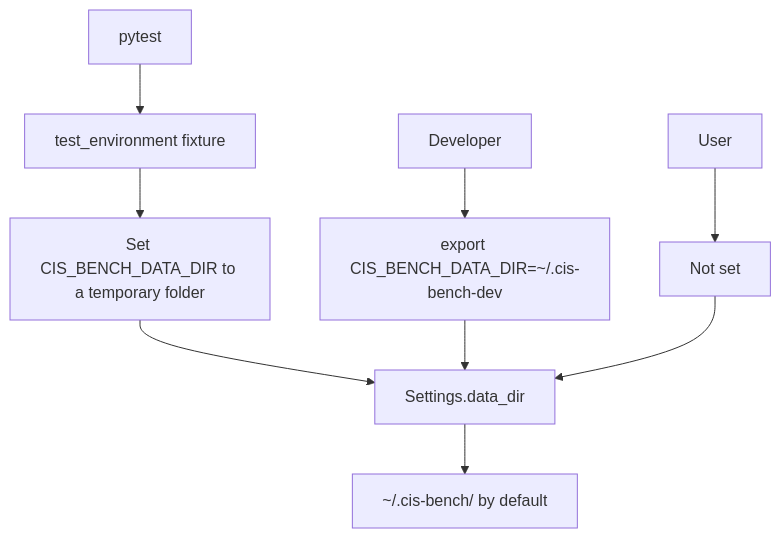
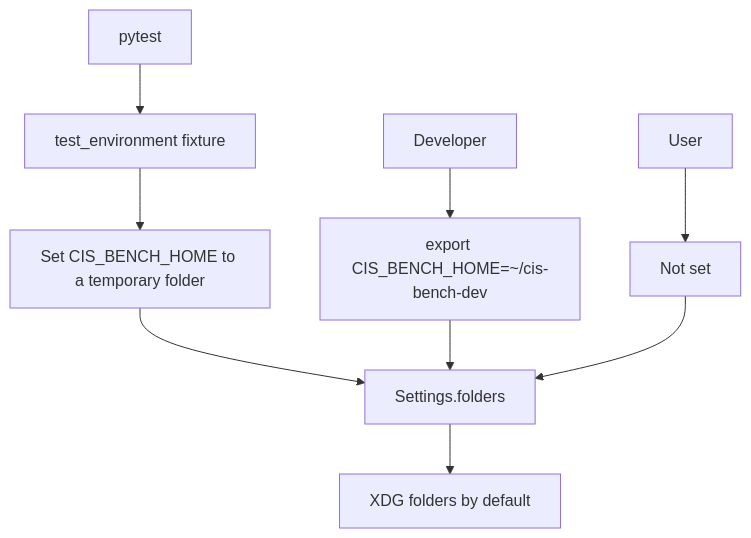
Diagram 13 of 13 in docs/developer-guide/architecture.md (mitre/cis-bench), drawn with Mermaid before and after one commit. The commit also changed other lines of this file and 35 other files, not shown here.

````diff
--- a/docs/developer-guide/architecture.md
+++ b/docs/developer-guide/architecture.md
@@ -731,13 +726,13 @@
 ```mermaid
 graph TD
 A[pytest] --> B[test_environment fixture]
-B --> C[Set CIS_BENCH_DATA_DIR to a temporary folder]
-C --> D[Settings.data_dir]
+B --> C[Set CIS_BENCH_HOME to a temporary folder]
+C --> D[Settings.folders]
 
-F[Developer] --> G[export CIS_BENCH_DATA_DIR=~/.cis-bench-dev]
+F[Developer] --> G[export CIS_BENCH_HOME=~/cis-bench-dev]
 G --> D
 
 I[User] --> J[Not set]
 J --> D
-D --> K[~/.cis-bench/ by default]
+D --> K[XDG folders by default]
 ```
````
